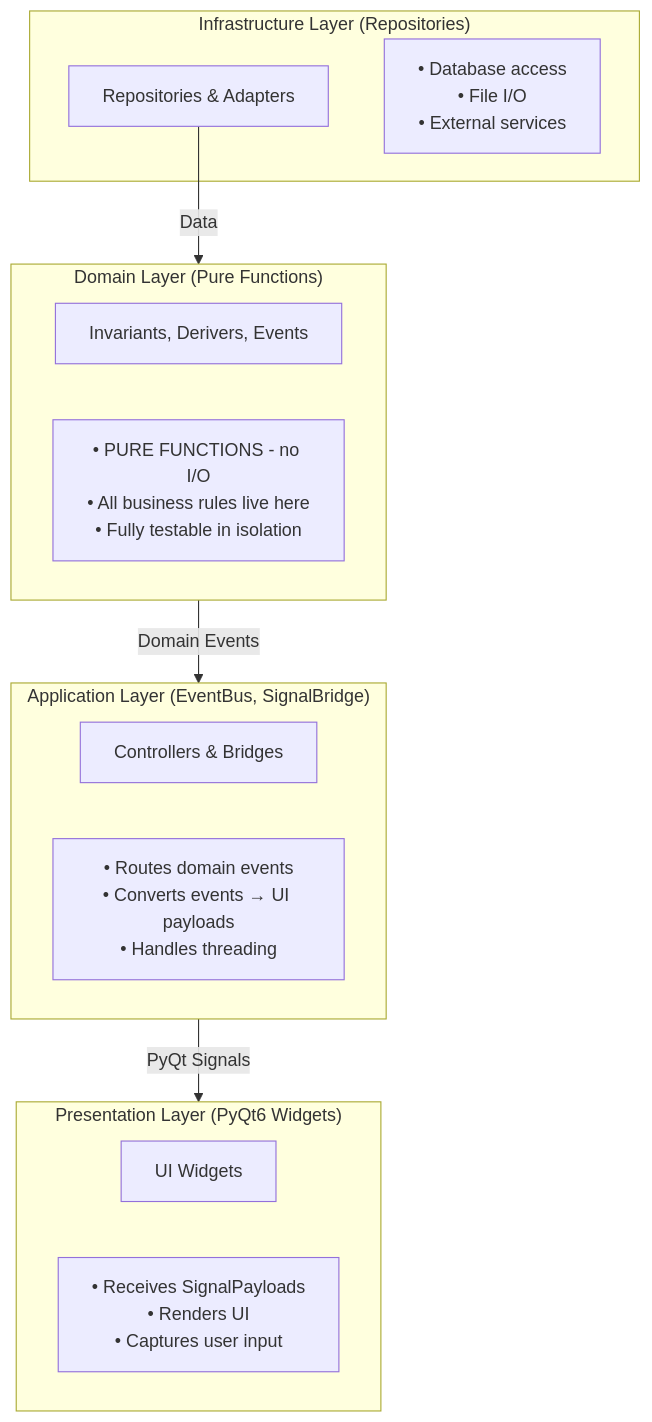
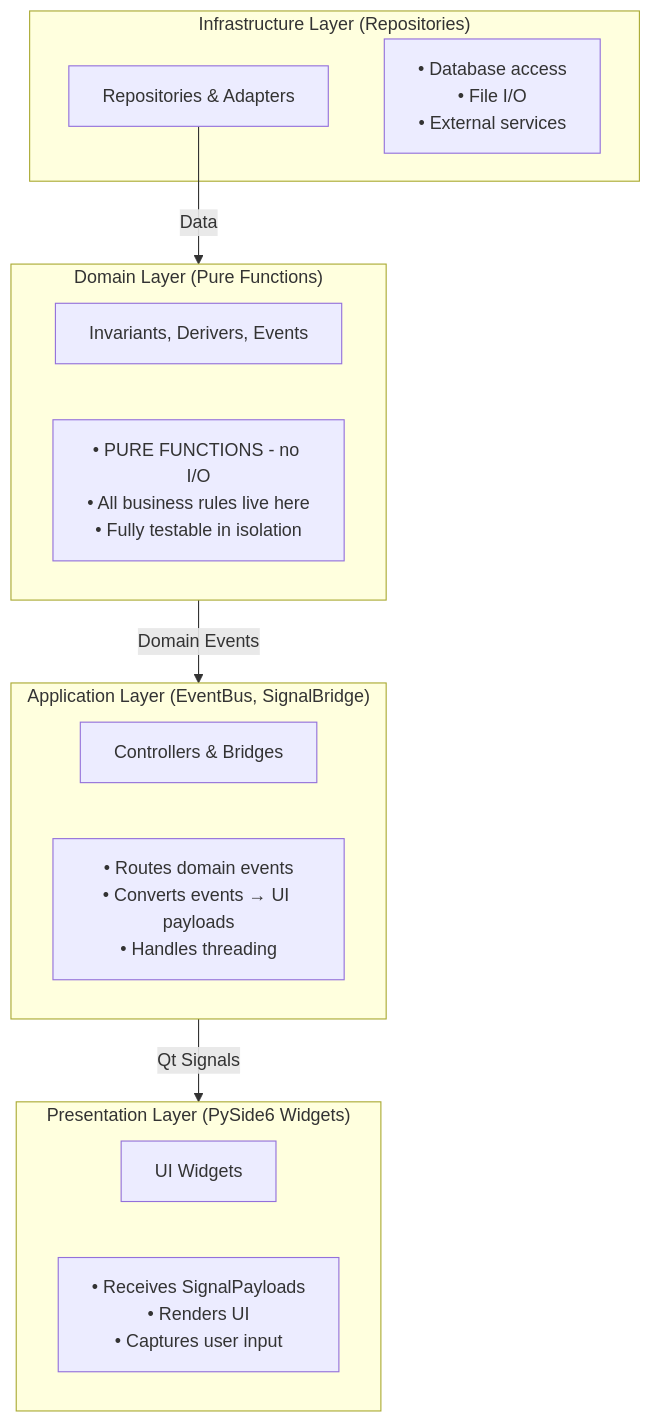
Before and after one commit to scope-impact/QualCoder-v2: the first of 3 diagrams in backlog/tutorials/00-big-picture.md, drawn with Mermaid. The commit also changed other lines of this file and 3 other files, not shown here.

````diff
--- a/backlog/tutorials/00-big-picture.md
+++ b/backlog/tutorials/00-big-picture.md
@@ -68,26 +68,26 @@
 ```mermaid
 graph TB
-    subgraph Presentation ["Presentation Layer (PyQt6 Widgets)"]
+    subgraph Presentation ["Presentation Layer (PySide6 Widgets)"]
         UI[UI Widgets]
         UI_DESC["• Receives SignalPayloads<br/>• Renders UI<br/>• Captures user input"]
     end
 
     subgraph Application ["Application Layer (EventBus, SignalBridge)"]
         APP[Controllers & Bridges]
         APP_DESC["• Routes domain events<br/>• Converts events → UI payloads<br/>• Handles threading"]
     end
 
     subgraph Domain ["Domain Layer (Pure Functions)"]
         DOM[Invariants, Derivers, Events]
         DOM_DESC["• PURE FUNCTIONS - no I/O<br/>• All business rules live here<br/>• Fully testable in isolation"]
     end
 
     subgraph Infrastructure ["Infrastructure Layer (Repositories)"]
         INFRA[Repositories & Adapters]
         INFRA_DESC["• Database access<br/>• File I/O<br/>• External services"]
     end
 
     INFRA -->|Data| Domain
     Domain -->|Domain Events| Application
-    Application -->|PyQt Signals| Presentation
+    Application -->|Qt Signals| Presentation
 ```
````
